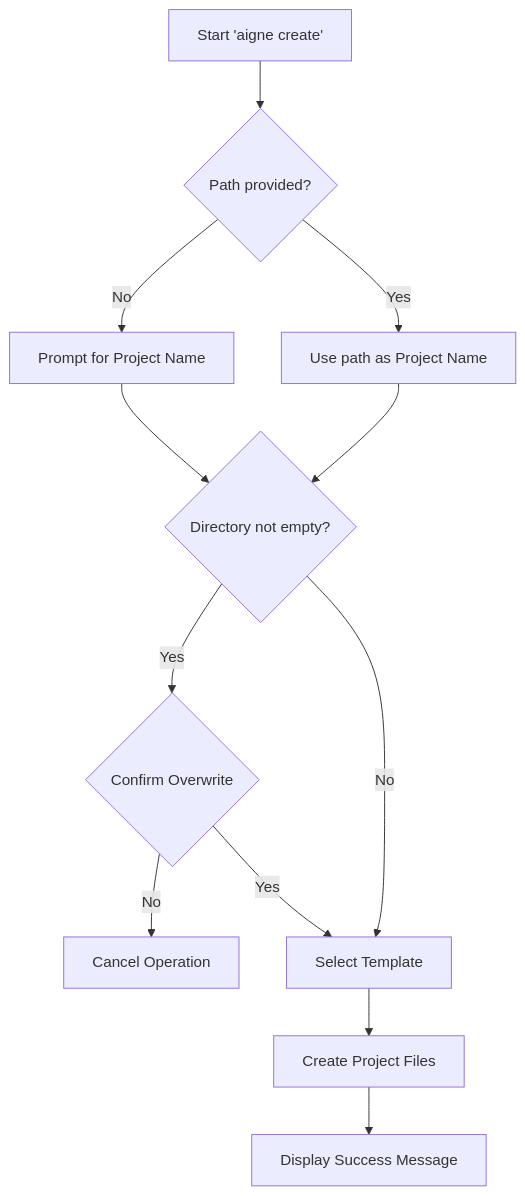
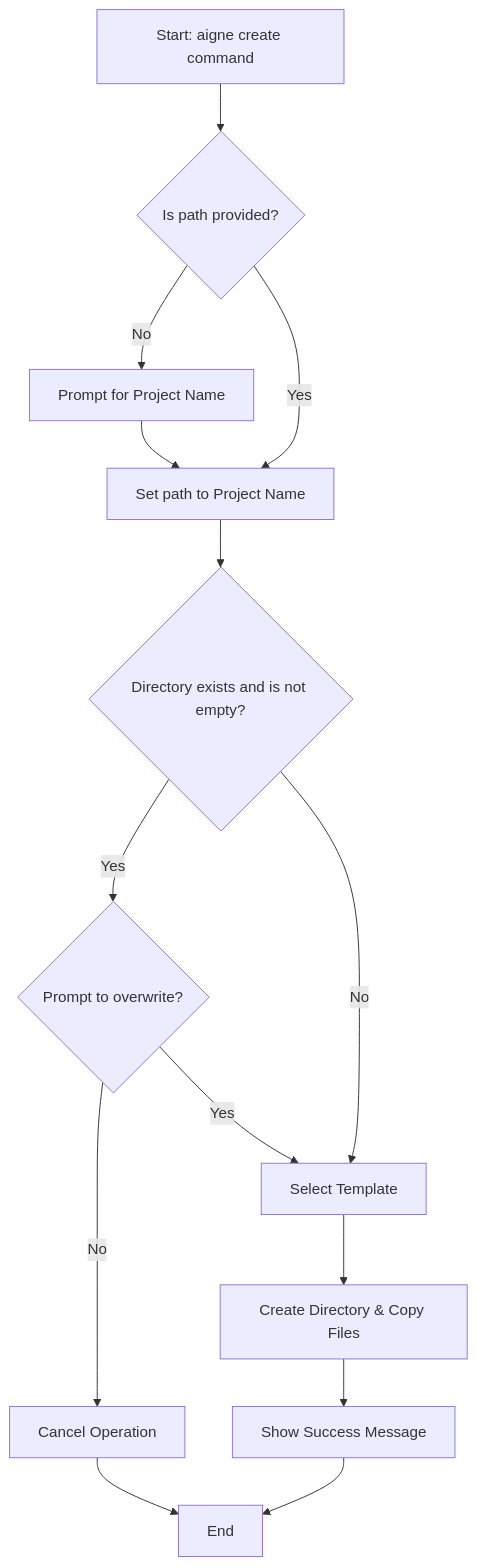
The diagram in packages/cli/docs/command-reference-create.md (AIGNE-io/aigne-framework), drawn with Mermaid before and after one commit. The commit also changed other lines of this file and 24 other files, not shown here.

````diff
--- a/packages/cli/docs/command-reference-create.md
+++ b/packages/cli/docs/command-reference-create.md
@@ -9,14 +55,16 @@
 ```mermaid
 flowchart TD
-    A["Start 'aigne create'"] --> B{"Path provided?"};
+    A["Start: aigne create command"] --> B{"Is path provided?"};
     B -- "No" --> C["Prompt for Project Name"];
-    B -- "Yes" --> D["Use path as Project Name"];
-    C --> E{"Directory not empty?"};
-    D --> E;
-    E -- "Yes" --> F{"Confirm Overwrite"};
+    C --> D["Set path to Project Name"];
+    B -- "Yes" --> D;
+    D --> E{"Directory exists and is not empty?"};
+    E -- "Yes" --> F{"Prompt to overwrite?"};
     F -- "No" --> G["Cancel Operation"];
     F -- "Yes" --> H["Select Template"];
     E -- "No" --> H;
-    H --> I["Create Project Files"];
-    I --> J["Display Success Message"];
+    H --> I["Create Directory & Copy Files"];
+    I --> J["Show Success Message"];
+    J --> K["End"];
+    G --> K;
 ```
````
